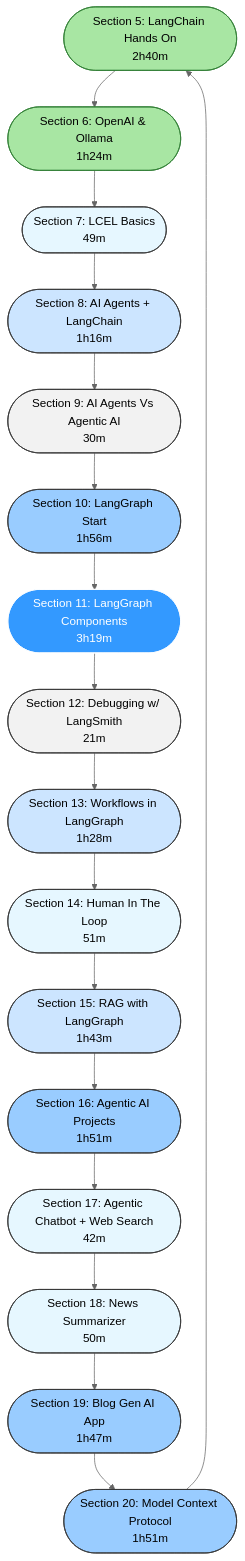
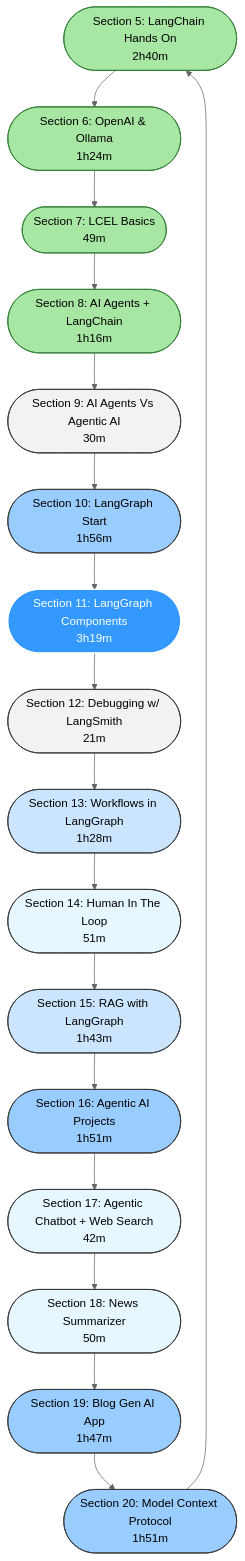
The diagram in syllabus.md (AryamannTomar/AgenticAI-LangChain-LangGraph), drawn with Mermaid (neutral theme) before and after one commit. The commit also changed 7 other files, not shown here.

````diff
--- a/syllabus.md
+++ b/syllabus.md
@@ -1,36 +1,36 @@
 ```mermaid
 graph TD
     S5([Section 5: LangChain Hands On<br/>2h40m]):::done
     S6([Section 6: OpenAI & Ollama<br/>1h24m]):::done
-    S7([Section 7: LCEL Basics<br/>49m]):::small
-    S8([Section 8: AI Agents + LangChain<br/>1h16m]):::medium
+    S7([Section 7: LCEL Basics<br/>49m]):::done
+    S8([Section 8: AI Agents + LangChain<br/>1h16m]):::done
     S9([Section 9: AI Agents Vs Agentic AI<br/>30m]):::tiny
     S10([Section 10: LangGraph Start<br/>1h56m]):::large
     S11([Section 11: LangGraph Components<br/>3h19m]):::xlarge
     S12([Section 12: Debugging w/ LangSmith<br/>21m]):::tiny
     S13([Section 13: Workflows in LangGraph<br/>1h28m]):::medium
     S14([Section 14: Human In The Loop<br/>51m]):::small
     S15([Section 15: RAG with LangGraph<br/>1h43m]):::medium
     S16([Section 16: Agentic AI Projects<br/>1h51m]):::large
     S17([Section 17: Agentic Chatbot + Web Search<br/>42m]):::small
     S18([Section 18: News Summarizer<br/>50m]):::small
     S19([Section 19: Blog Gen AI App<br/>1h47m]):::large
     S20([Section 20: Model Context Protocol<br/>1h51m]):::large -->
     S5 --> S6 --> S7 --> S8
     S9 --> S10 --> S11 --> S12
     S13 --> S14 --> S15 --> S16
     S17 --> S18 --> S19 --> S20
     S8 --> S9
     S12 --> S13
     S16 --> S17
 
 classDef tiny fill:#f2f2f2,stroke:#333,color:#000,rx:8,ry:8;
 classDef small fill:#e6f7ff,stroke:#333,color:#000,rx:8,ry:8;
 classDef medium fill:#cce5ff,stroke:#333,color:#000,rx:8,ry:8;
 classDef large fill:#99ccff,stroke:#333,color:#000,rx:8,ry:8;
 classDef big fill:#66b2ff,stroke:#333,color:#000,rx:8,ry:8;
 classDef xlarge fill:#3399ff,stroke:#fff,color:#fff,rx:8,ry:8;
 
 %% ✅ Completed chapters
 classDef done fill:#a8e6a3,stroke:#2e7d32,color:#000,rx:8,ry:8;
 ```
````
